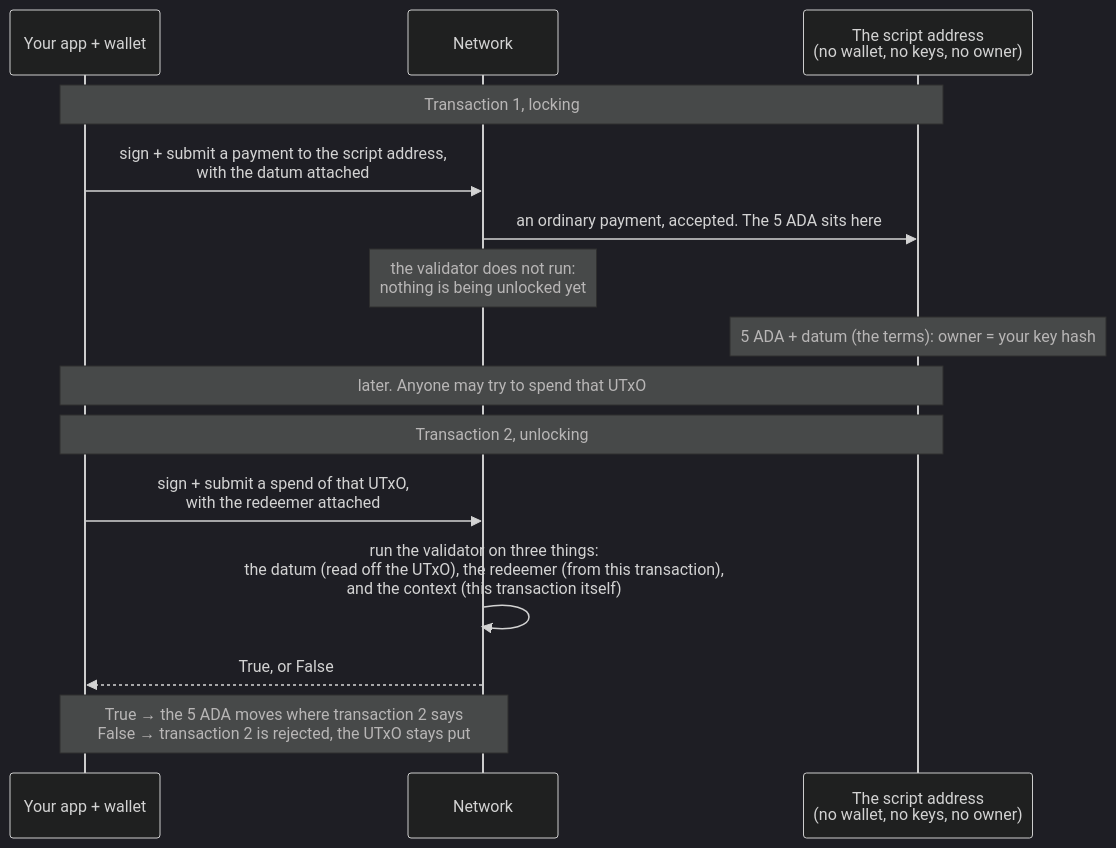
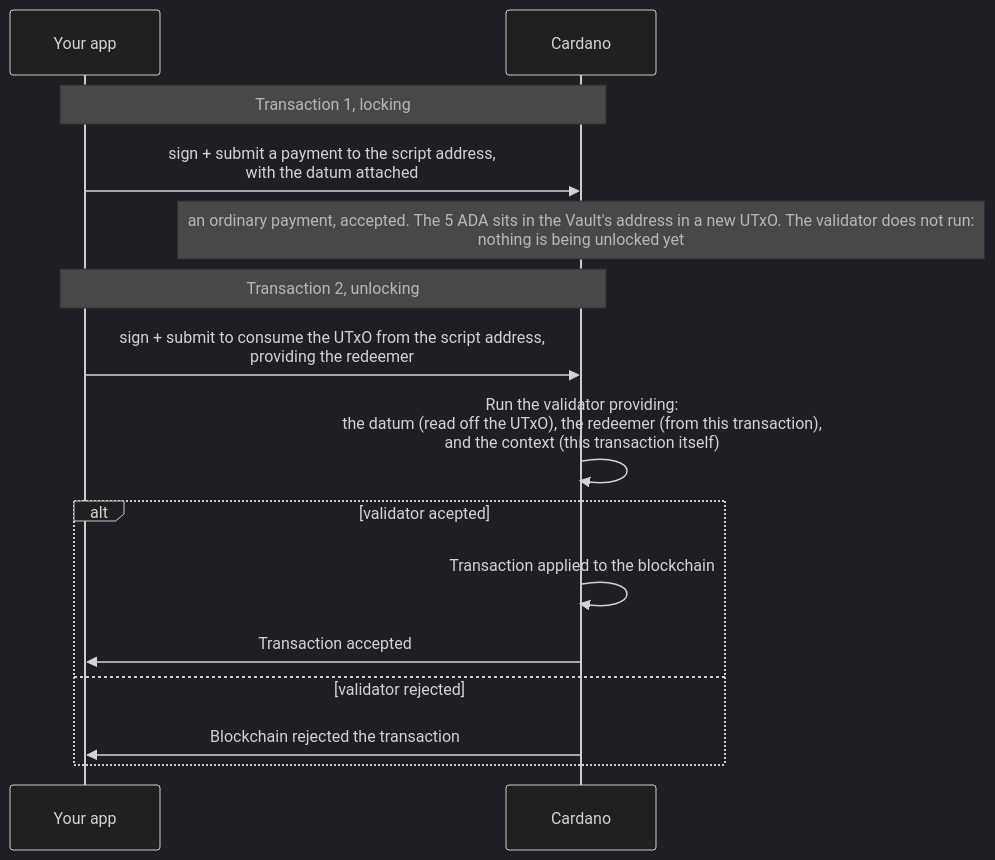
One commit to cardano-foundation/developer-portal changed the diagram in docs/developers/onboarding/lectures/intermediate/4-datum-and-redeemer.md. Above: the diagram before and after it, drawn with Mermaid (dark theme).

````diff
--- a/docs/developers/onboarding/lectures/intermediate/4-datum-and-redeemer.md
+++ b/docs/developers/onboarding/lectures/intermediate/4-datum-and-redeemer.md
@@ -25,20 +25,19 @@
 ```mermaid
 sequenceDiagram
-    participant You as Your app + wallet
-    participant Net as Network
-    participant Vault as The script address<br/>(no wallet, no keys, no owner)
+    participant You as Your app
+    participant Car as Cardano
 
-    Note over You,Vault: Transaction 1, locking
-    You->>Net: sign + submit a payment to the script address,<br/>with the datum attached
-    Net->>Vault: an ordinary payment, accepted. The 5 ADA sits here
-    Note over Net: the validator does not run:<br/>nothing is being unlocked yet
-    Note over Vault: 5 ADA + datum (the terms): owner = your key hash
+    Note over You,Car: Transaction 1, locking
+    You->>Car: sign + submit a payment to the script address,<br/>with the datum attached
+    Note over Car: an ordinary payment, accepted. The 5 ADA sits in the Vault's address in a new UTxO. The validator does not run:<br/>nothing is being unlocked yet
+    Note over You,Car: Transaction 2, unlocking
+    You->>Car: sign + submit to consume the UTxO from the script address,<br/>providing the redeemer
+    Car->>Car: Run the validator providing:<br/>the datum (read off the UTxO), the redeemer (from this transaction),<br/>and the context (this transaction itself)
 
-    Note over You,Vault: later. Anyone may try to spend that UTxO
-
-    Note over You,Vault: Transaction 2, unlocking
-    You->>Net: sign + submit a spend of that UTxO,<br/>with the redeemer attached
-    Net->>Net: run the validator on three things:<br/>the datum (read off the UTxO), the redeemer (from this transaction),<br/>and the context (this transaction itself)
-    Net-->>You: True, or False
-    Note over Net,You: True → the 5 ADA moves where transaction 2 says<br/>False → transaction 2 is rejected, the UTxO stays put
+  alt validator acepted
+        Car->>Car: Transaction applied to the blockchain
+        Car->>You: Transaction accepted
+    else validator rejected
+        Car->>You: Blockchain rejected the transaction
+    end
 ```
````
